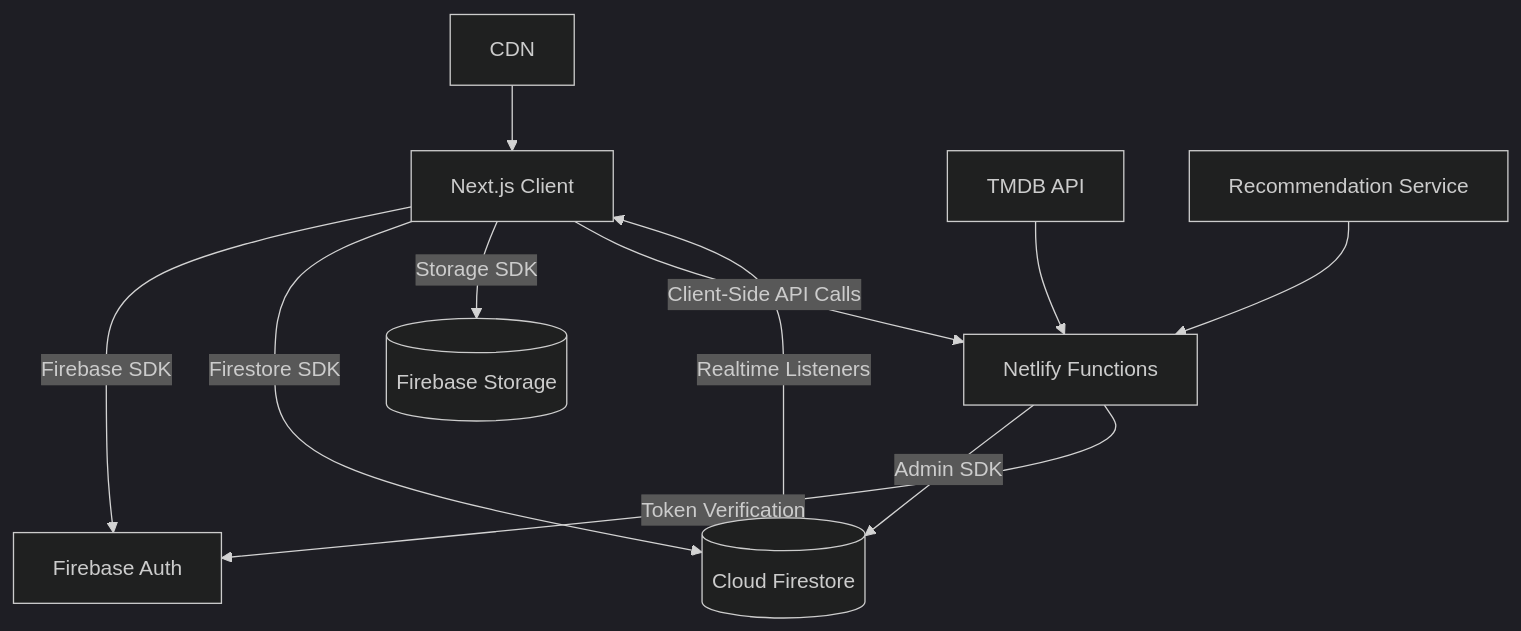
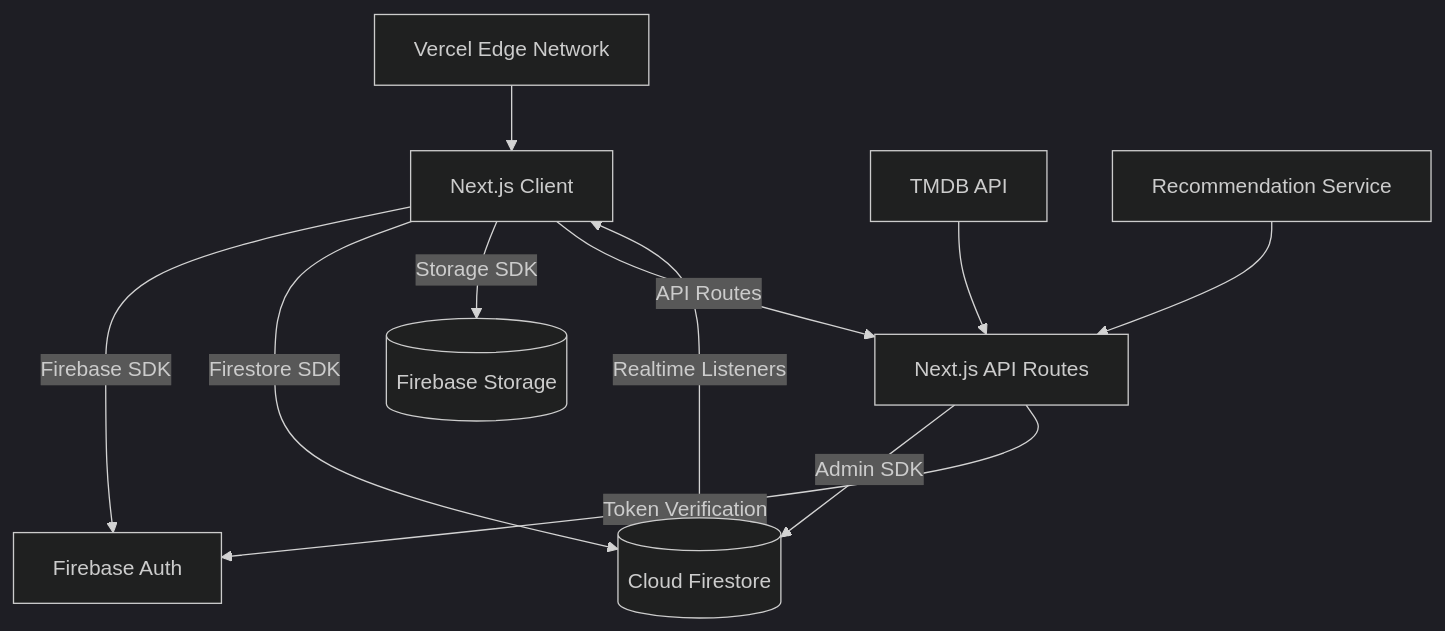
The first of 4 diagrams in README.md (xuechunL/cinemo-react), drawn with Mermaid (dark theme) before and after one commit. The commit also changed other lines of this file, not shown here.

Commit message:
doc: update architecture design

````diff
--- a/README.md
+++ b/README.md
@@ -37,14 +37,13 @@
 ```mermaid
 graph TD;
     A[Next.js Client] -->|Firebase SDK| B[Firebase Auth]
     A -->|Firestore SDK| C[(Cloud Firestore)]
     A -->|Storage SDK| D[(Firebase Storage)]
-    A -->|Client-Side API Calls| E[Netlify Functions]
+    A -->|API Routes| E[Next.js API Routes]
     E -->|Admin SDK| C
     E -->|Token Verification| B
     C -->|Realtime Listeners| A
     F[TMDB API] --> E
     G[Recommendation Service] --> E
-    H[CDN] --> A
-
+    H[Vercel Edge Network] --> A
 ```
````
